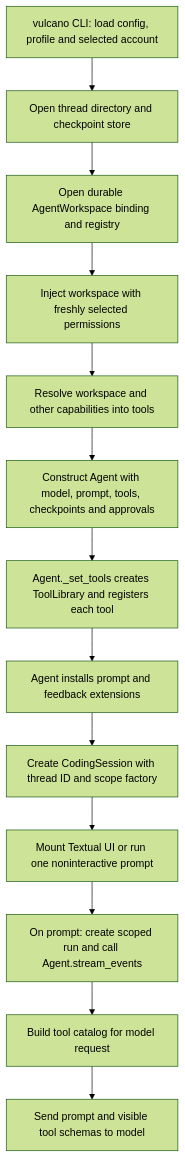
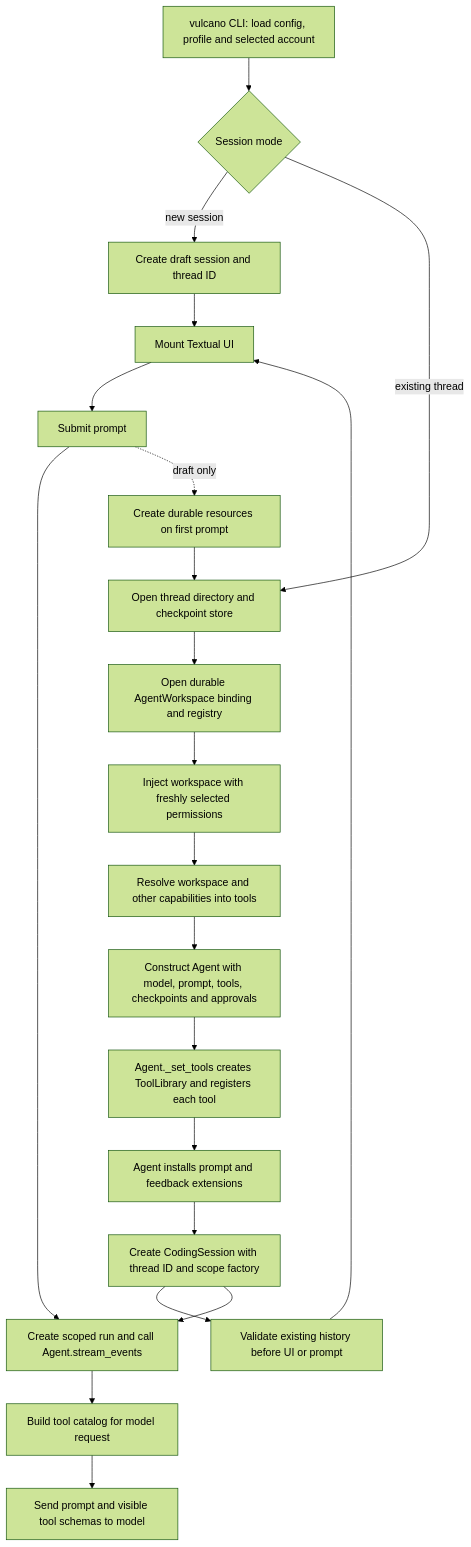
One commit to vilsonrodrigues/msgflux changed the diagram in docs/learn/coding.md. Above: the diagram before and after it, drawn with Mermaid (forest theme). The commit also changed other lines of this file and 20 other files, not shown here.

````diff
--- a/docs/learn/coding.md
+++ b/docs/learn/coding.md
@@ -138,15 +142,23 @@
 ```mermaid
 flowchart TD
-    CLI["vulcano CLI: load config, profile and selected account"] --> State["Open thread directory and checkpoint store"]
+    CLI["vulcano CLI: load config, profile and selected account"] --> Select{"Session mode"}
+    Select -->|new session| Draft["Create draft session and thread ID"]
+    Draft --> UI["Mount Textual UI"]
+    Select -->|existing thread| State["Open thread directory and checkpoint store"]
     State --> Workspace["Open durable AgentWorkspace binding and registry"]
     Workspace --> Scope["Inject workspace with freshly selected permissions"]
     Scope --> Tools["Resolve workspace and other capabilities into tools"]
     Tools --> Agent["Construct Agent with model, prompt, tools, checkpoints and approvals"]
     Agent --> Library["Agent._set_tools creates ToolLibrary and registers each tool"]
     Library --> Extensions["Agent installs prompt and feedback extensions"]
     Extensions --> Session["Create CodingSession with thread ID and scope factory"]
-    Session --> UI["Mount Textual UI or run one noninteractive prompt"]
-    UI --> Prompt["On prompt: create scoped run and call Agent.stream_events"]
-    Prompt --> Catalog["Build tool catalog for model request"]
+    Session --> Validate["Validate existing history before UI or prompt"]
+    Validate --> UI
+    UI --> Prompt["Submit prompt"]
+    Prompt --> Run["Create scoped run and call Agent.stream_events"]
+    Prompt -. draft only .-> Activate["Create durable resources on first prompt"]
+    Activate --> State
+    Session --> Run
+    Run --> Catalog["Build tool catalog for model request"]
     Catalog --> Model["Send prompt and visible tool schemas to model"]
 ```
````
